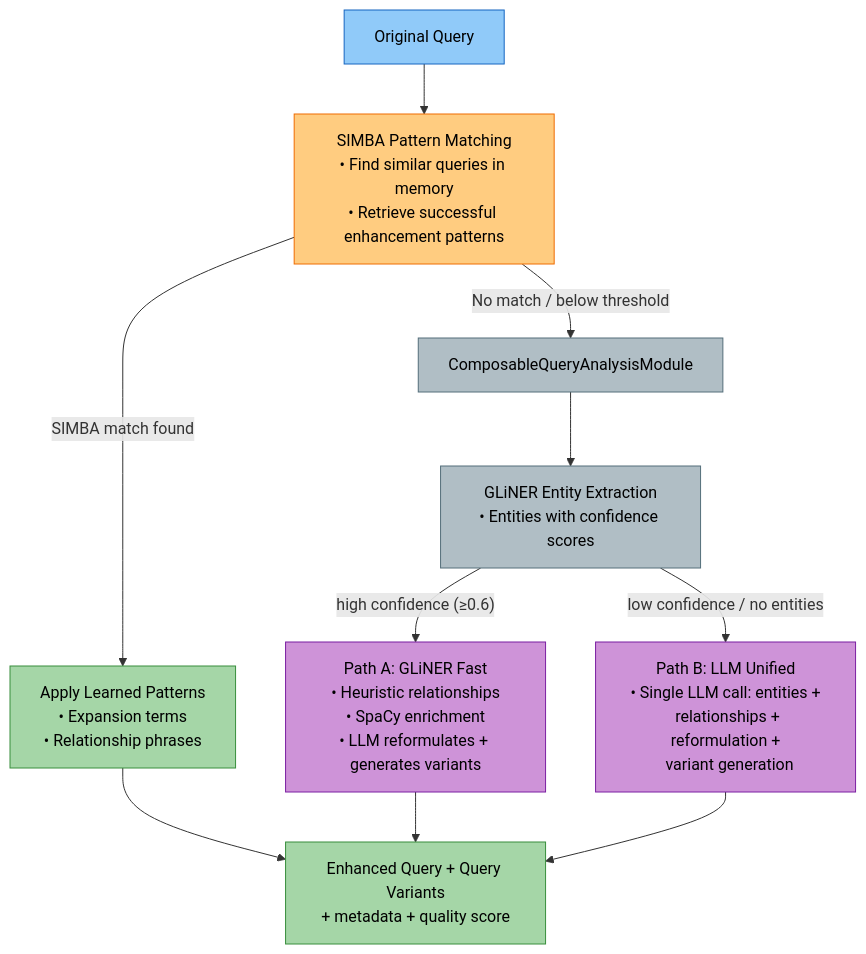
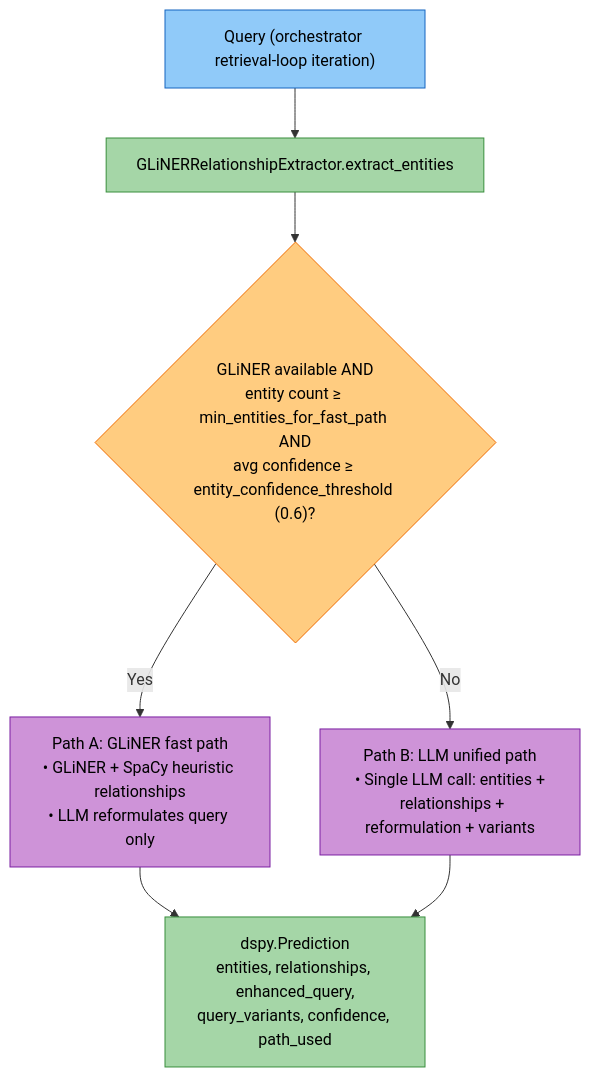
One commit to amit-jain/cogniverse changed the third of 4 diagrams in docs/modules/routing.md. Above: the diagram before and after it, drawn with Mermaid. The commit also changed other lines of this file and 50 other files, not shown here.

First line of the commit message:
Complete and verify docs against code with mermaid palette

````diff
--- a/docs/modules/routing.md
+++ b/docs/modules/routing.md
@@ -98,25 +165,19 @@
 ```mermaid
 flowchart TB
-    OriginalQuery["<span style='color:#000'>Original Query</span>"] --> SimbaCheck["<span style='color:#000'>SIMBA Pattern Matching<br/>• Find similar queries in memory<br/>• Retrieve successful enhancement patterns</span>"]
+    Query["<span style='color:#000'>Query (orchestrator retrieval-loop iteration)</span>"] --> GlinerExtract["<span style='color:#000'>GLiNERRelationshipExtractor.extract_entities</span>"]
 
-    SimbaCheck -->|SIMBA match found| SimbaEnhance["<span style='color:#000'>Apply Learned Patterns<br/>• Expansion terms<br/>• Relationship phrases</span>"]
-    SimbaCheck -->|No match / below threshold| Composable["<span style='color:#000'>ComposableQueryAnalysisModule</span>"]
+    GlinerExtract --> PathDecision{"<span style='color:#000'>GLiNER available AND<br/>entity count ≥ min_entities_for_fast_path AND<br/>avg confidence ≥ entity_confidence_threshold (0.6)?</span>"}
 
-    Composable --> GLiNER["<span style='color:#000'>GLiNER Entity Extraction<br/>• Entities with confidence scores</span>"]
+    PathDecision -->|Yes| PathA["<span style='color:#000'>Path A: GLiNER fast path<br/>• GLiNER + SpaCy heuristic relationships<br/>• LLM reformulates query only</span>"]
+    PathDecision -->|No| PathB["<span style='color:#000'>Path B: LLM unified path<br/>• Single LLM call: entities +<br/>  relationships + reformulation + variants</span>"]
 
-    GLiNER -->|"high confidence (≥0.6)"| PathA["<span style='color:#000'>Path A: GLiNER Fast<br/>• Heuristic relationships<br/>• SpaCy enrichment<br/>• LLM reformulates + generates variants</span>"]
-    GLiNER -->|"low confidence / no entities"| PathB["<span style='color:#000'>Path B: LLM Unified<br/>• Single LLM call: entities +<br/>  relationships + reformulation +<br/>  variant generation</span>"]
+    PathA --> Prediction["<span style='color:#000'>dspy.Prediction<br/>entities, relationships, enhanced_query,<br/>query_variants, confidence, path_used</span>"]
+    PathB --> Prediction
 
-    SimbaEnhance --> Enhanced["<span style='color:#000'>Enhanced Query + Query Variants<br/>+ metadata + quality score</span>"]
-    PathA --> Enhanced
-    PathB --> Enhanced
-
-    style OriginalQuery fill:#90caf9,stroke:#1565c0,color:#000
-    style SimbaCheck fill:#ffcc80,stroke:#ef6c00,color:#000
-    style SimbaEnhance fill:#a5d6a7,stroke:#388e3c,color:#000
-    style Composable fill:#b0bec5,stroke:#546e7a,color:#000
-    style GLiNER fill:#b0bec5,stroke:#546e7a,color:#000
+    style Query fill:#90caf9,stroke:#1565c0,color:#000
+    style GlinerExtract fill:#a5d6a7,stroke:#388e3c,color:#000
+    style PathDecision fill:#ffcc80,stroke:#ef6c00,color:#000
     style PathA fill:#ce93d8,stroke:#7b1fa2,color:#000
     style PathB fill:#ce93d8,stroke:#7b1fa2,color:#000
-    style Enhanced fill:#a5d6a7,stroke:#388e3c,color:#000
+    style Prediction fill:#a5d6a7,stroke:#388e3c,color:#000
 ```
````
